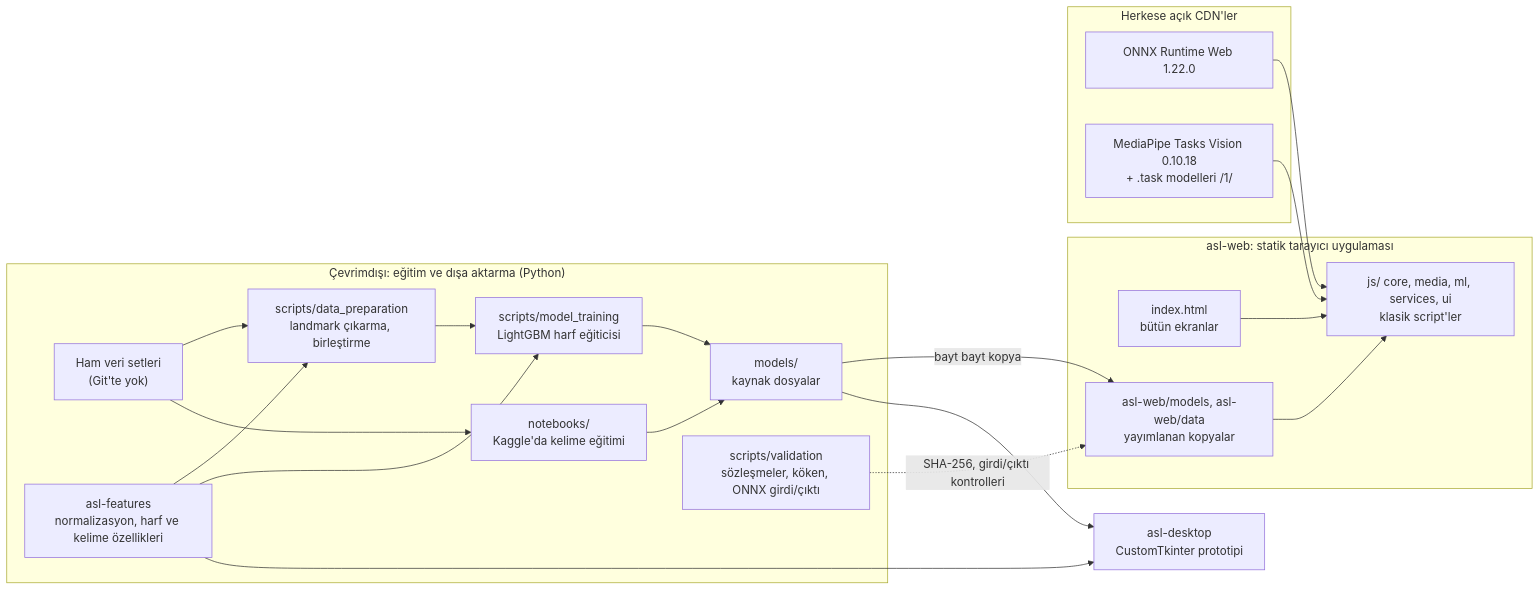
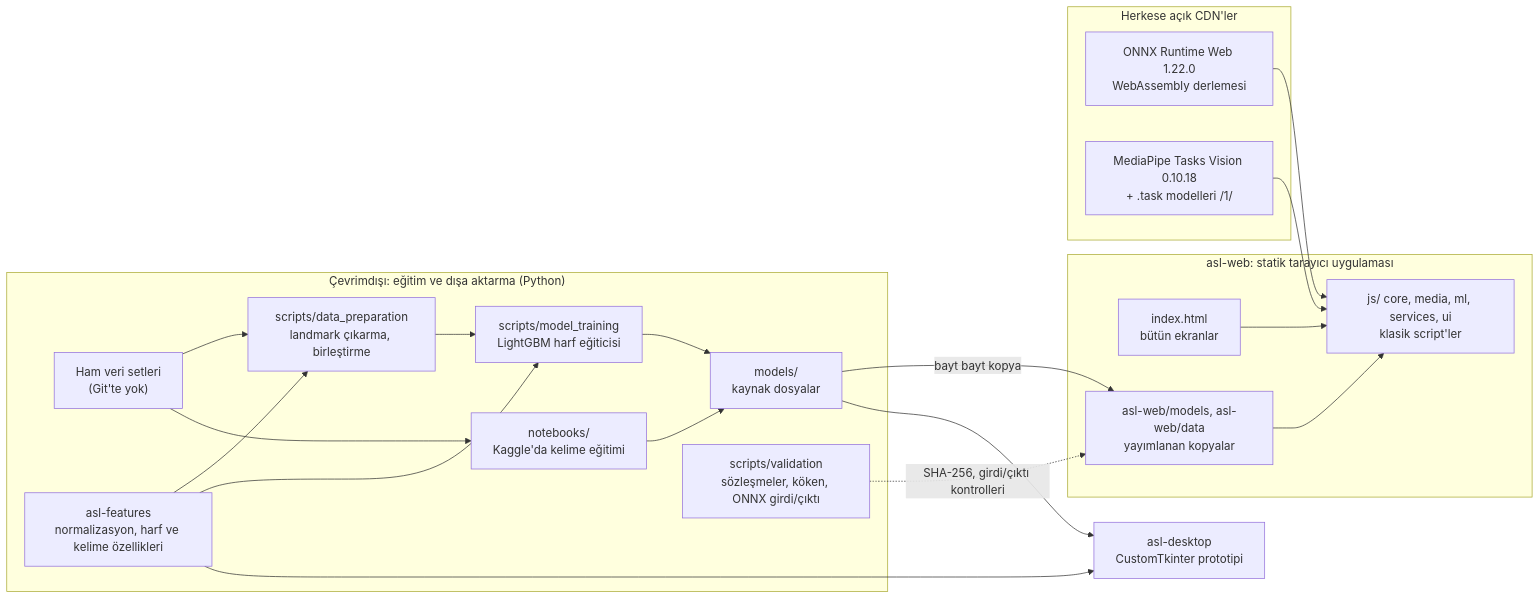
The first of 4 diagrams in TECHNICAL_REPORT.tr.md (alimustafaekmen/asl-assistant), drawn with Mermaid before and after one commit. The commit also changed other lines of this file and 66 other files, not shown here.

````diff
--- a/TECHNICAL_REPORT.tr.md
+++ b/TECHNICAL_REPORT.tr.md
@@ -60,37 +54,37 @@
 ```mermaid
 flowchart LR
   subgraph Offline["Çevrimdışı: eğitim ve dışa aktarma (Python)"]
     RAW["Ham veri setleri<br/>(Git'te yok)"]
     EXT["scripts/data_preparation<br/>landmark çıkarma, birleştirme"]
     ML["asl-features<br/>normalizasyon, harf ve kelime özellikleri"]
     TRAIN["scripts/model_training<br/>LightGBM harf eğiticisi"]
     NB["notebooks/<br/>Kaggle'da kelime eğitimi"]
     MODELS["models/<br/>kaynak dosyalar"]
     VAL["scripts/validation<br/>sözleşmeler, köken, ONNX girdi/çıktı"]
   end
   subgraph Web["asl-web: statik tarayıcı uygulaması"]
     HTML["index.html<br/>bütün ekranlar"]
     JS["js/ core, media, ml, services, ui<br/>klasik script'ler"]
     WDATA["asl-web/models, asl-web/data<br/>yayımlanan kopyalar"]
   end
   subgraph CDN["Herkese açık CDN'ler"]
-    ORT["ONNX Runtime Web 1.22.0"]
+    ORT["ONNX Runtime Web 1.22.0<br/>WebAssembly derlemesi"]
     MP["MediaPipe Tasks Vision 0.10.18<br/>+ .task modelleri /1/"]
   end
   DESK["asl-desktop<br/>CustomTkinter prototipi"]
 
   RAW --> EXT --> TRAIN
   ML --> EXT
   ML --> TRAIN
   RAW --> NB
   TRAIN --> MODELS
   NB --> MODELS
   MODELS -- "bayt bayt kopya" --> WDATA
   VAL -. "SHA-256, girdi/çıktı kontrolleri" .-> WDATA
   ML --> DESK
   MODELS --> DESK
   WDATA --> JS
   ORT --> JS
   MP --> JS
   HTML --> JS
 ```
````
